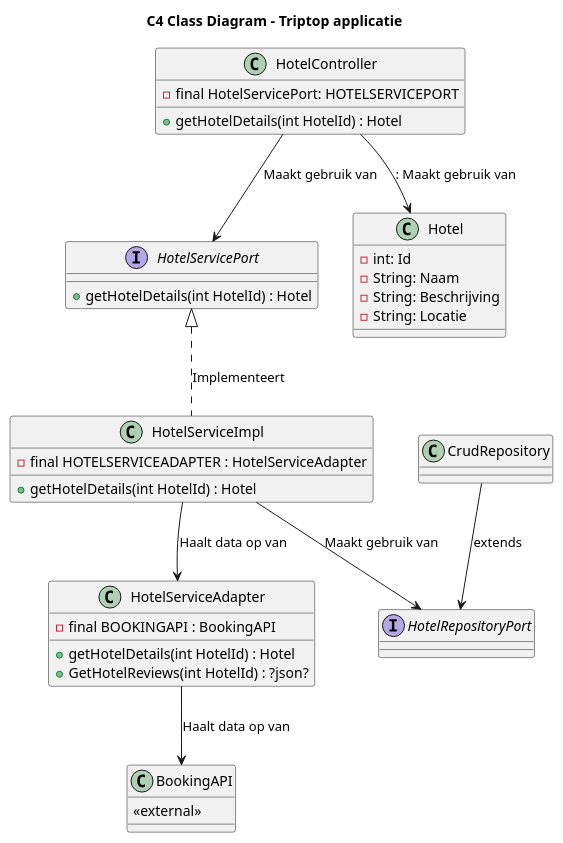
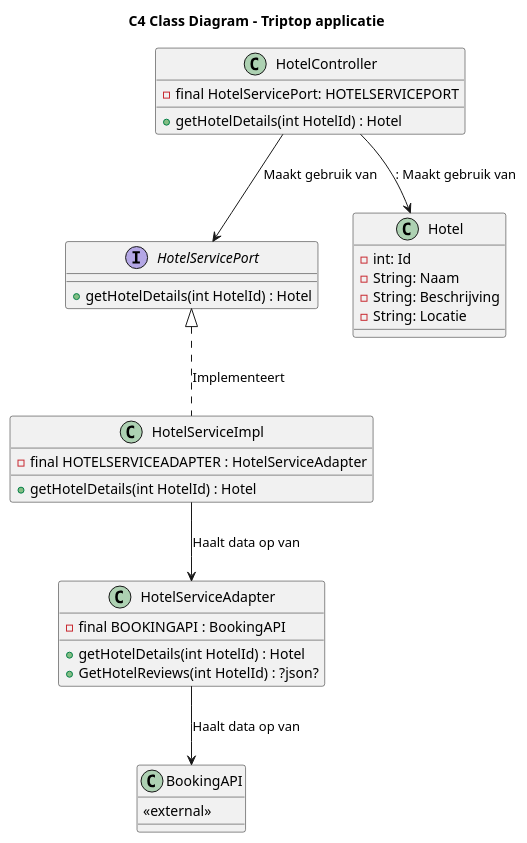
Before and after one commit to AIM-ENE-feb25/triptop-peak-performers-groep-1: the diagram in opdracht-diagrammen/C4-Diagrammen/C4-Class-Diagram-Jamiro.puml, drawn with PlantUML. The commit also changed 4 other files, not shown here.

```diff
--- a/opdracht-diagrammen/C4-Diagrammen/C4-Class-Diagram-Jamiro.puml
+++ b/opdracht-diagrammen/C4-Diagrammen/C4-Class-Diagram-Jamiro.puml
@@ -1,50 +1,42 @@
 @startuml
 title C4 Class Diagram - Triptop applicatie
 
 class HotelController {
     - final HotelServicePort: HOTELSERVICEPORT
     + getHotelDetails(int HotelId) : Hotel
 }
 
 interface HotelServicePort {
     + getHotelDetails(int HotelId) : Hotel
-}
-
-interface HotelRepositoryPort {
-}
-
-class CrudRepository {
 }
 
 class Hotel {
     - int: Id
     - String: Naam
     - String: Beschrijving
     - String: Locatie
 }
 
 class HotelServiceImpl {
     - final HOTELSERVICEADAPTER : HotelServiceAdapter
     + getHotelDetails(int HotelId) : Hotel
 }
 
 class HotelServiceAdapter {
     - final BOOKINGAPI : BookingAPI
     + getHotelDetails(int HotelId) : Hotel
     + GetHotelReviews(int HotelId) : ?json?
 }
 
 class BookingAPI {
     <<external>>
 }
 
 HotelController --> HotelServicePort : Maakt gebruik van
 HotelController --> Hotel : : Maakt gebruik van
 
 HotelServicePort <|.. HotelServiceImpl : Implementeert
 
-HotelServiceImpl --> HotelRepositoryPort : Maakt gebruik van
 HotelServiceImpl --> HotelServiceAdapter : Haalt data op van
 HotelServiceAdapter --> BookingAPI : Haalt data op van
-CrudRepository --> HotelRepositoryPort : extends
 @enduml
```
